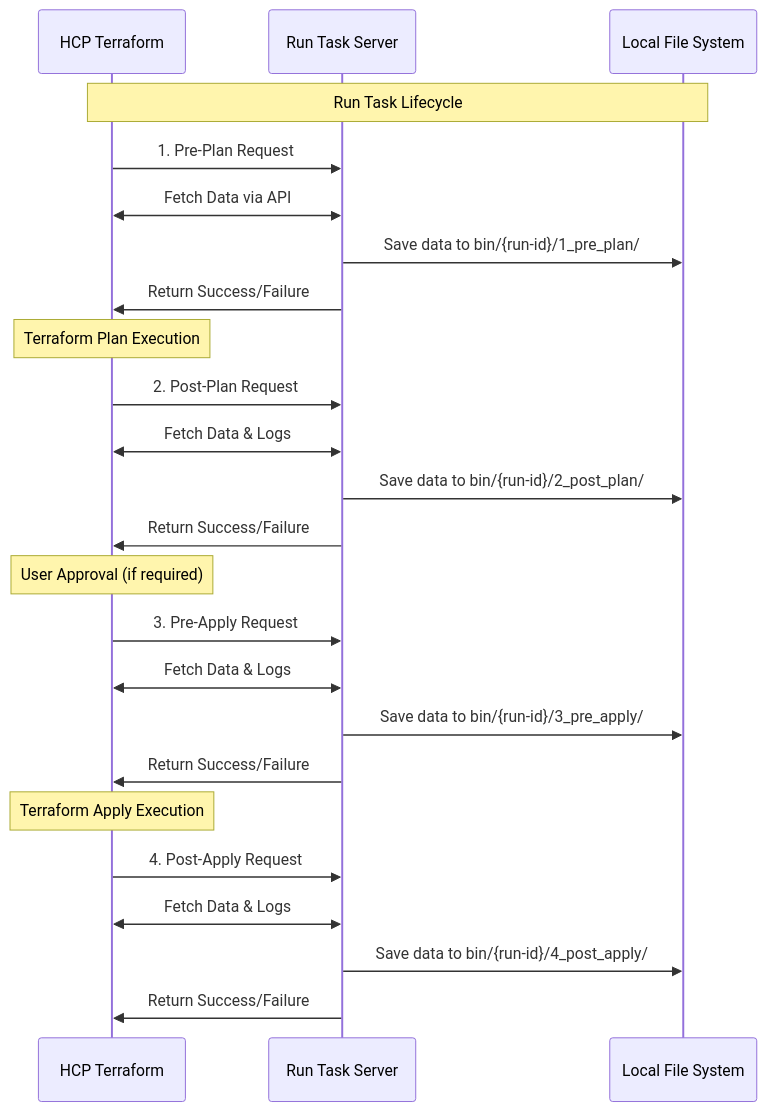
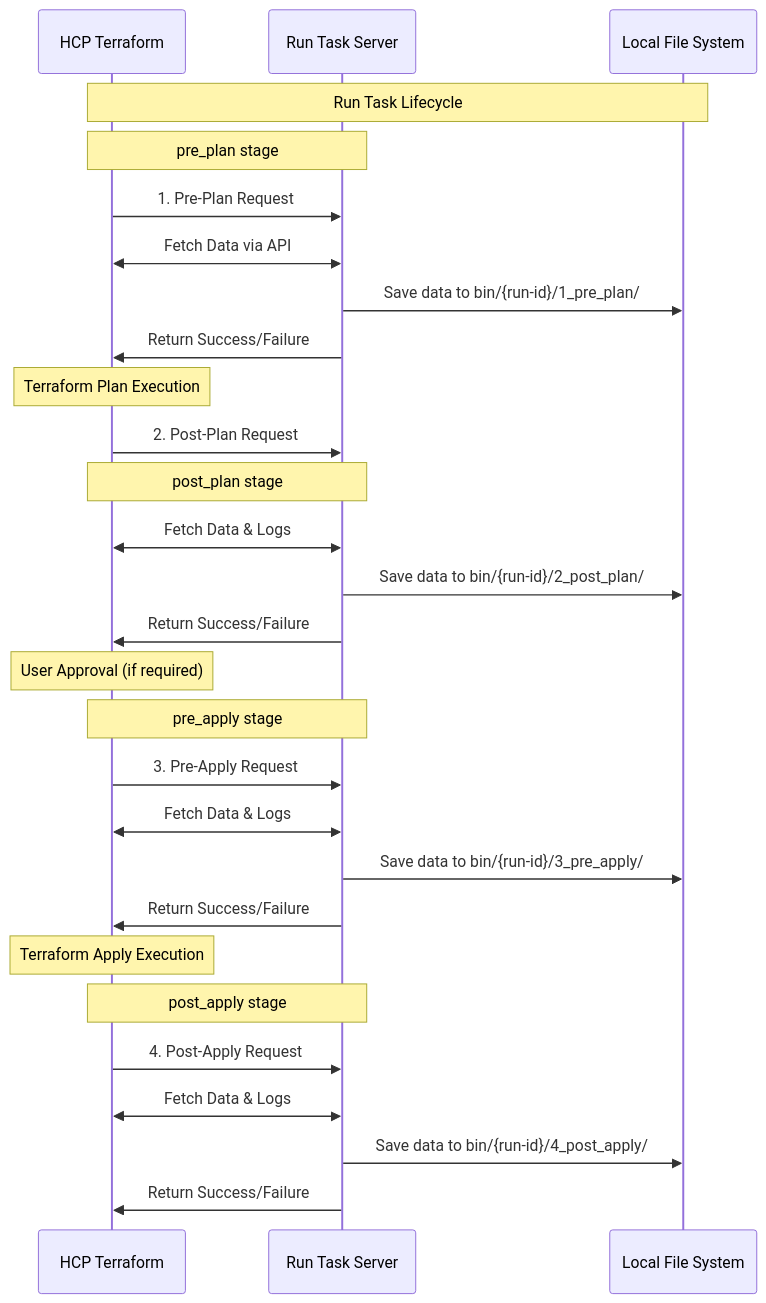
The diagram in README.md (straubt1/terraform-run-task), drawn with Mermaid before and after one commit. The commit also changed other lines of this file and 11 other files, not shown here.

````diff
--- a/README.md
+++ b/README.md
@@ -20,34 +22,38 @@
 ```mermaid
 sequenceDiagram
     participant TF as HCP Terraform
     participant RT as Run Task Server
     participant FS as Local File System
 
     Note over TF,FS: Run Task Lifecycle
     
+    Note over TF,RT: pre_plan stage
     TF->>RT: 1. Pre-Plan Request
     RT<<->>TF: Fetch Data via API
     RT->>FS: Save data to bin/{run-id}/1_pre_plan/
     RT->>TF: Return Success/Failure
     
     Note over TF: Terraform Plan Execution
 
     TF->>RT: 2. Post-Plan Request
+    Note over TF,RT: post_plan stage
     RT<<->>TF: Fetch Data & Logs
     RT->>FS: Save data to bin/{run-id}/2_post_plan/
     RT->>TF: Return Success/Failure
     
     Note over TF: User Approval (if required)
 
+    Note over TF,RT: pre_apply stage
     TF->>RT: 3. Pre-Apply Request
     RT<<->>TF: Fetch Data & Logs
     RT->>FS: Save data to bin/{run-id}/3_pre_apply/
     RT->>TF: Return Success/Failure
 
     Note over TF: Terraform Apply Execution
 
+    Note over TF,RT: post_apply stage
     TF->>RT: 4. Post-Apply Request
     RT<<->>TF: Fetch Data & Logs
     RT->>FS: Save data to bin/{run-id}/4_post_apply/
     RT->>TF: Return Success/Failure
 ```
````
